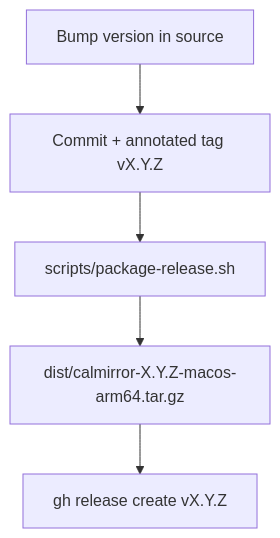
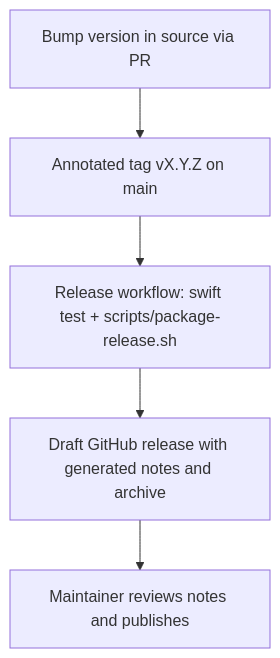
The diagram in docs/RELEASING.md (gravitek-io/macos-calmirror), drawn with Mermaid before and after one commit. The commit also changed other lines of this file and 2 other files, not shown here.

First line of the commit message:
ci: draft a GitHub release automatically when a version tag is pushed (#4)

````diff
--- a/docs/RELEASING.md
+++ b/docs/RELEASING.md
@@ -9,7 +9,7 @@
 ```mermaid
 flowchart TD
-    A[Bump version in source] --> B[Commit + annotated tag vX.Y.Z]
-    B --> C[scripts/package-release.sh]
-    C --> D[dist/calmirror-X.Y.Z-macos-arm64.tar.gz]
-    D --> E[gh release create vX.Y.Z]
+    A[Bump version in source via PR] --> B[Annotated tag vX.Y.Z on main]
+    B --> C[Release workflow: swift test + scripts/package-release.sh]
+    C --> D[Draft GitHub release with generated notes and archive]
+    D --> E[Maintainer reviews notes and publishes]
 ```
````
